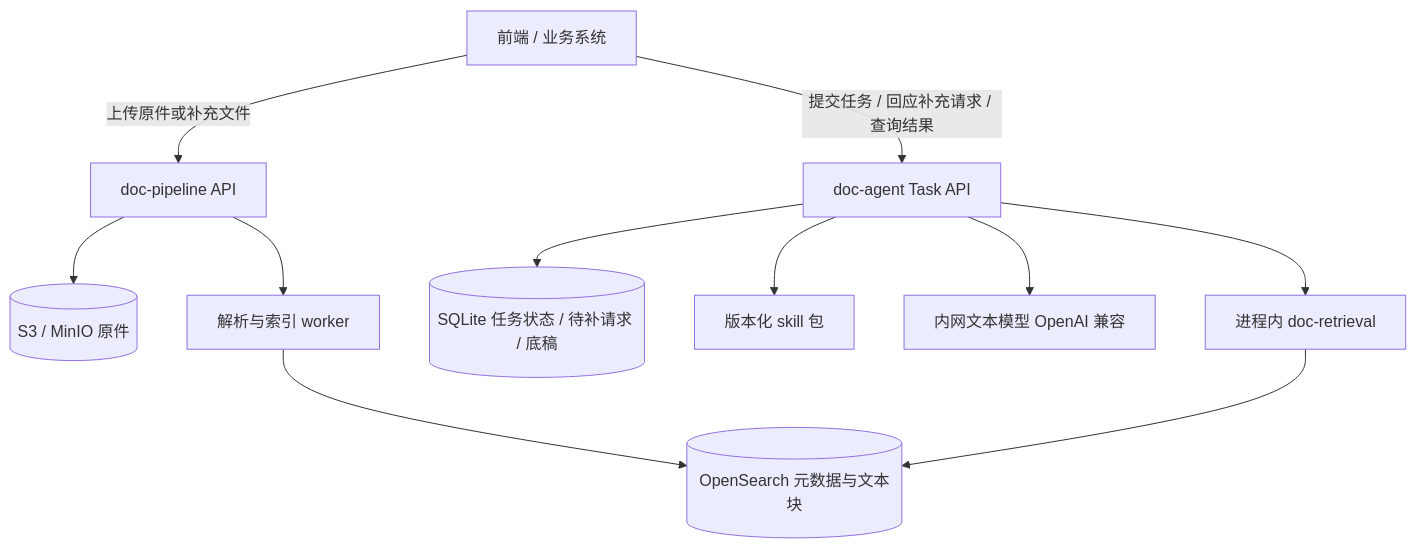
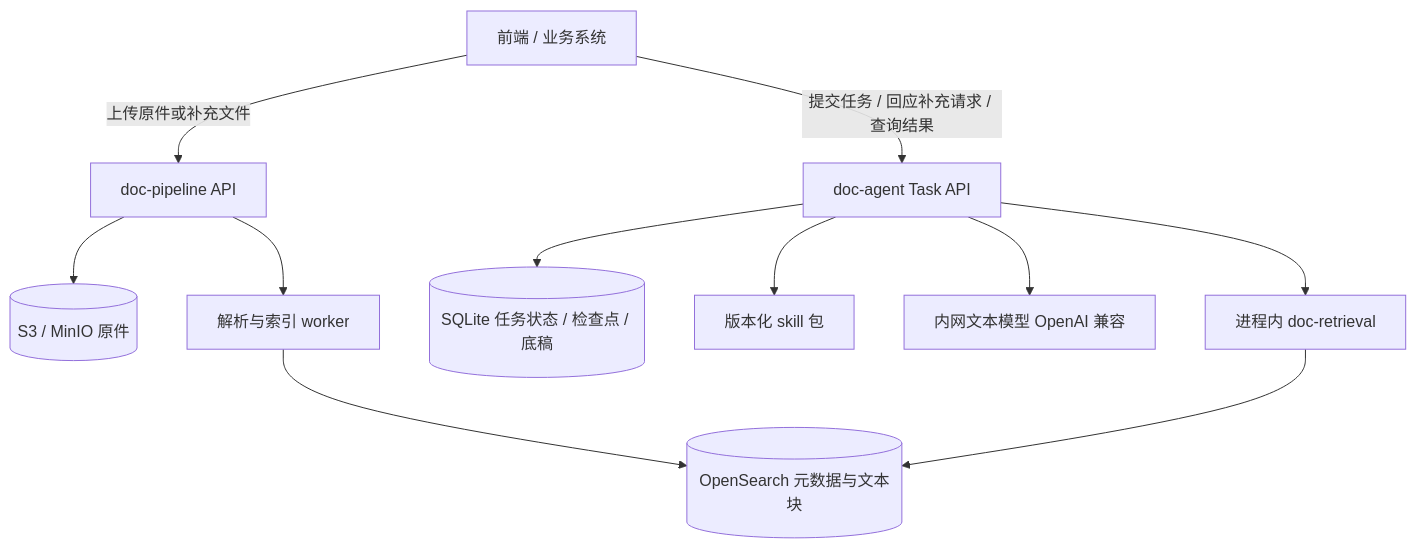
Before and after one commit to huang591014/kAgent: the diagram in README.md, drawn with Mermaid. The commit also changed other lines of this file and 19 other files, not shown here.

````diff
--- a/README.md
+++ b/README.md
@@ -7,13 +7,13 @@
 ```mermaid
 flowchart TD
     U[前端 / 业务系统] -->|上传原件或补充文件| P[doc-pipeline API]
     P --> S[(S3 / MinIO 原件)]
     P --> W[解析与索引 worker]
     W --> O[(OpenSearch 元数据与文本块)]
     U -->|提交任务 / 回应补充请求 / 查询结果| A[doc-agent Task API]
-    A --> T[(SQLite 任务状态 / 待补请求 / 底稿)]
+    A --> T[(SQLite 任务状态 / 检查点 / 底稿)]
     A --> K[版本化 skill 包]
     A --> L[内网文本模型 OpenAI 兼容]
     A --> R[进程内 doc-retrieval]
     R --> O
 ```
````
